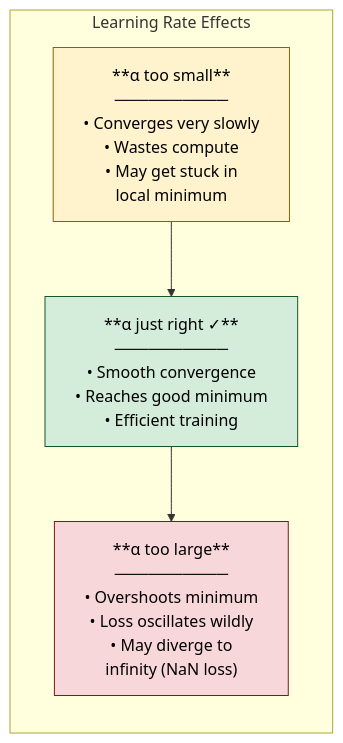
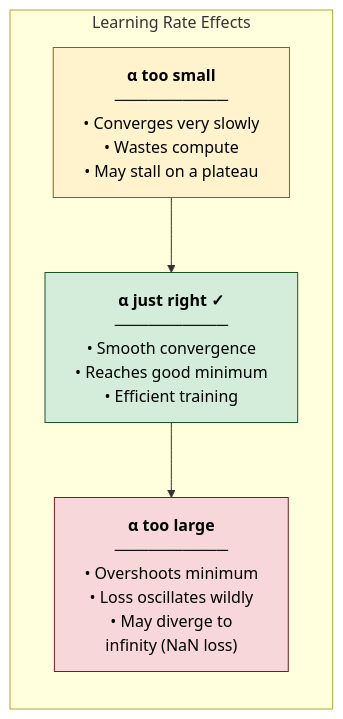
The seventh of 47 diagrams in content/34_google_top10_ml_interview.md (Hmago/ml4), drawn with Mermaid before and after one commit. The commit also changed other lines of this file and 59 other files, not shown here.

````diff
--- a/content/34_google_top10_ml_interview.md
+++ b/content/34_google_top10_ml_interview.md
@@ -437,11 +506,11 @@
 ```mermaid
 graph LR
     subgraph "Learning Rate Effects"
-        TOO_SMALL["**α too small**<br/>──────────<br/>• Converges very slowly<br/>• Wastes compute<br/>• May get stuck in<br/>  local minimum"] --> JUST_RIGHT["**α just right ✓**<br/>──────────<br/>• Smooth convergence<br/>• Reaches good minimum<br/>• Efficient training"]
-        JUST_RIGHT --> TOO_LARGE["**α too large**<br/>──────────<br/>• Overshoots minimum<br/>• Loss oscillates wildly<br/>• May diverge to<br/>  infinity (NaN loss)"]
+        TOO_SMALL["<b>α too small</b><br/>──────────<br/>• Converges very slowly<br/>• Wastes compute<br/>• May stall on a plateau"] --> JUST_RIGHT["<b>α just right ✓</b><br/>──────────<br/>• Smooth convergence<br/>• Reaches good minimum<br/>• Efficient training"]
+        JUST_RIGHT --> TOO_LARGE["<b>α too large</b><br/>──────────<br/>• Overshoots minimum<br/>• Loss oscillates wildly<br/>• May diverge to<br/>  infinity (NaN loss)"]
     end
 
     style TOO_SMALL fill:#fff3cd,stroke:#856404,color:#000
     style JUST_RIGHT fill:#d4edda,stroke:#155724,color:#000
     style TOO_LARGE fill:#f8d7da,stroke:#721c24,color:#000
 ```
````
